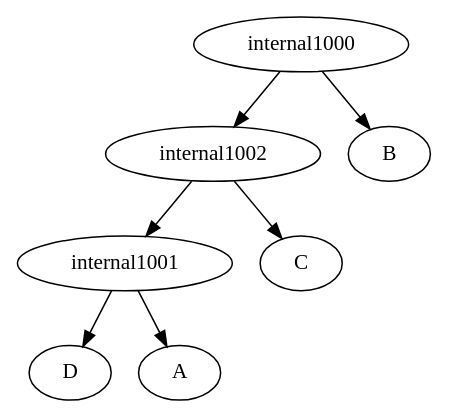
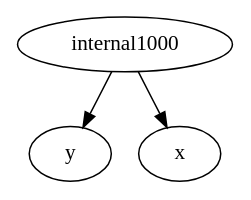
One commit to iharnoor/PhylogeneticsWebsite changed the diagram in ParsingTxt/Launcher/upload.dot. Above: the diagram before and after it, drawn with Graphviz. The commit also changed 8 other files, not shown here.

```diff
--- a/ParsingTxt/Launcher/upload.dot
+++ b/ParsingTxt/Launcher/upload.dot
@@ -1,8 +1,4 @@
 strict digraph G1 {
-internal1001 -> D
-internal1001 -> A
-internal1002 -> internal1001
-internal1002 -> C
-internal1000 -> internal1002
-internal1000 -> B
+internal1000 ->  y
+internal1000 -> x
 }
```
